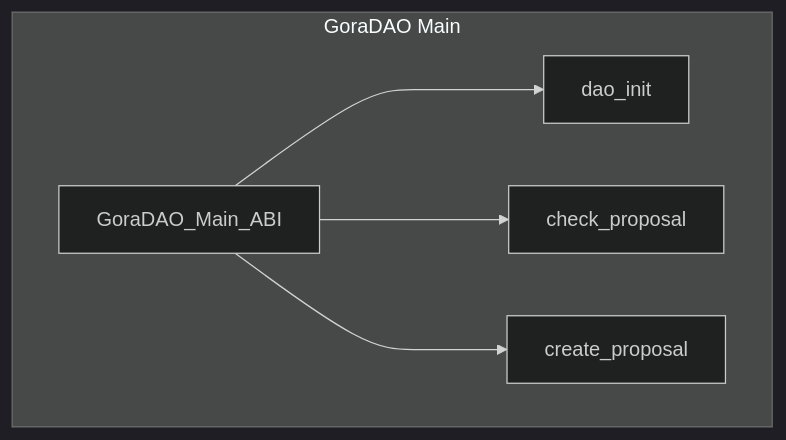
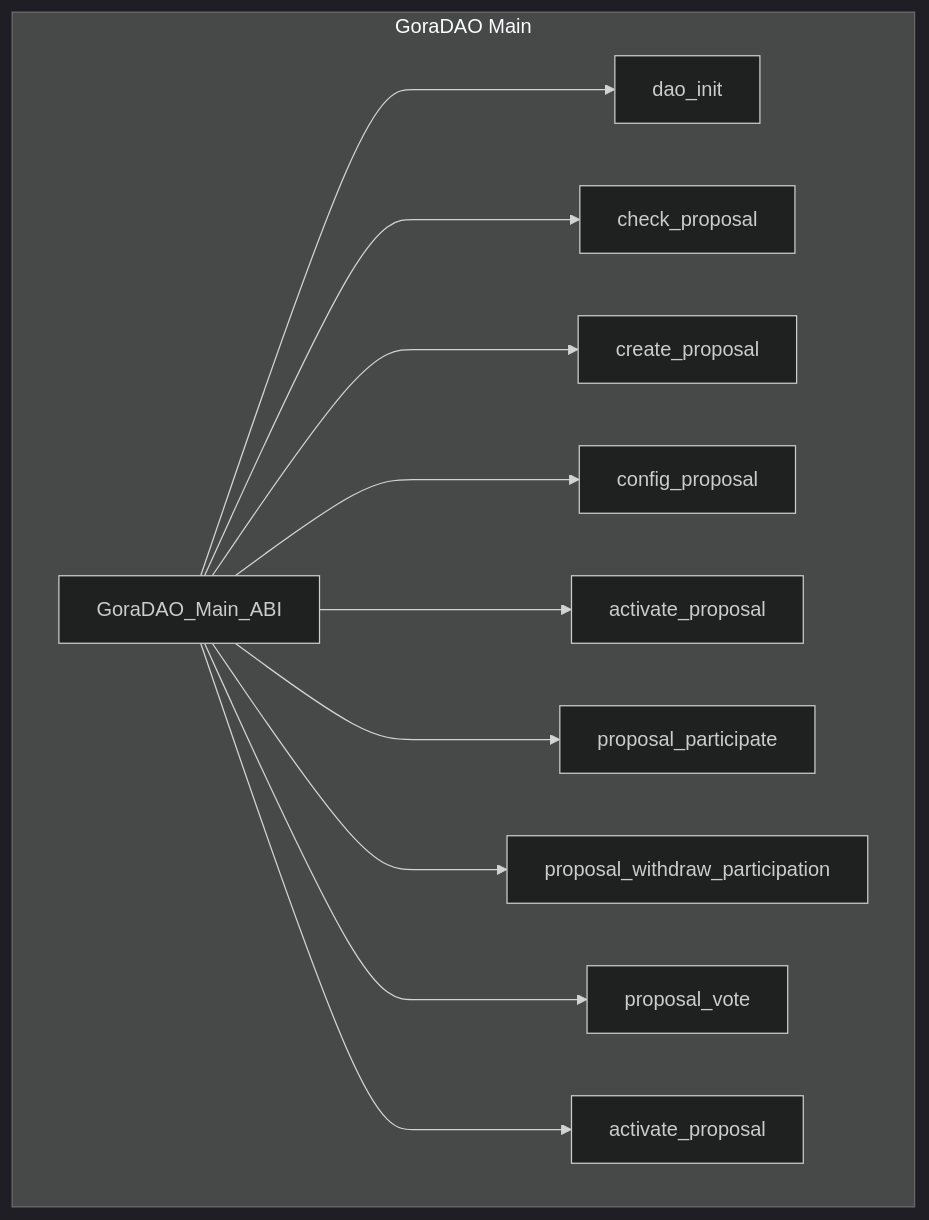
The sixth of 6 diagrams in README.md (GoraNetwork/gora-dao-smartcontracts), drawn with Mermaid (dark theme) before and after one commit. The commit also changed other lines of this file, not shown here.

````diff
--- a/README.md
+++ b/README.md
@@ -204,17 +205,31 @@
 ```mermaid
 
 graph TB
  
       subgraph GoraDAO Main
             GoraDAO_Main[GoraDAO_Main_ABI]
             GoraDAO_Init[dao_init]
             GoraDAO_Check_Proposal[check_proposal]
             GoraDAO_Create_Proposal[create_proposal]
+            GoraDAO_Configure_Proposal[config_proposal]
+            GoraDAO_Activate_Voting[activate_proposal]
+            GoraDAO_Proposal_Participate[proposal_participate]
+            GoraDAO_Proposal_Withdraw_Participation[proposal_withdraw_participation]
+            GoraDAO_Proposal_Vote[proposal_vote]
+            GoraDAO_Close_Proposal[activate_proposal]
+       
         end
       
 
       GoraDAO_Main[GoraDAO_Main_ABI] ---> GoraDAO_Init
       GoraDAO_Main[GoraDAO_Main_ABI] ---> GoraDAO_Check_Proposal
       GoraDAO_Main[GoraDAO_Main_ABI] ---> GoraDAO_Create_Proposal
+      GoraDAO_Main[GoraDAO_Main_ABI] ---> GoraDAO_Configure_Proposal
+      GoraDAO_Main[GoraDAO_Main_ABI] ---> GoraDAO_Activate_Voting
+      GoraDAO_Main[GoraDAO_Main_ABI] ---> GoraDAO_Proposal_Participate
+      GoraDAO_Main[GoraDAO_Main_ABI] ---> GoraDAO_Proposal_Withdraw_Participation
+      GoraDAO_Main[GoraDAO_Main_ABI] ---> GoraDAO_Proposal_Vote
+      GoraDAO_Main[GoraDAO_Main_ABI] ---> GoraDAO_Close_Proposal
+ 
 
 ```
````
